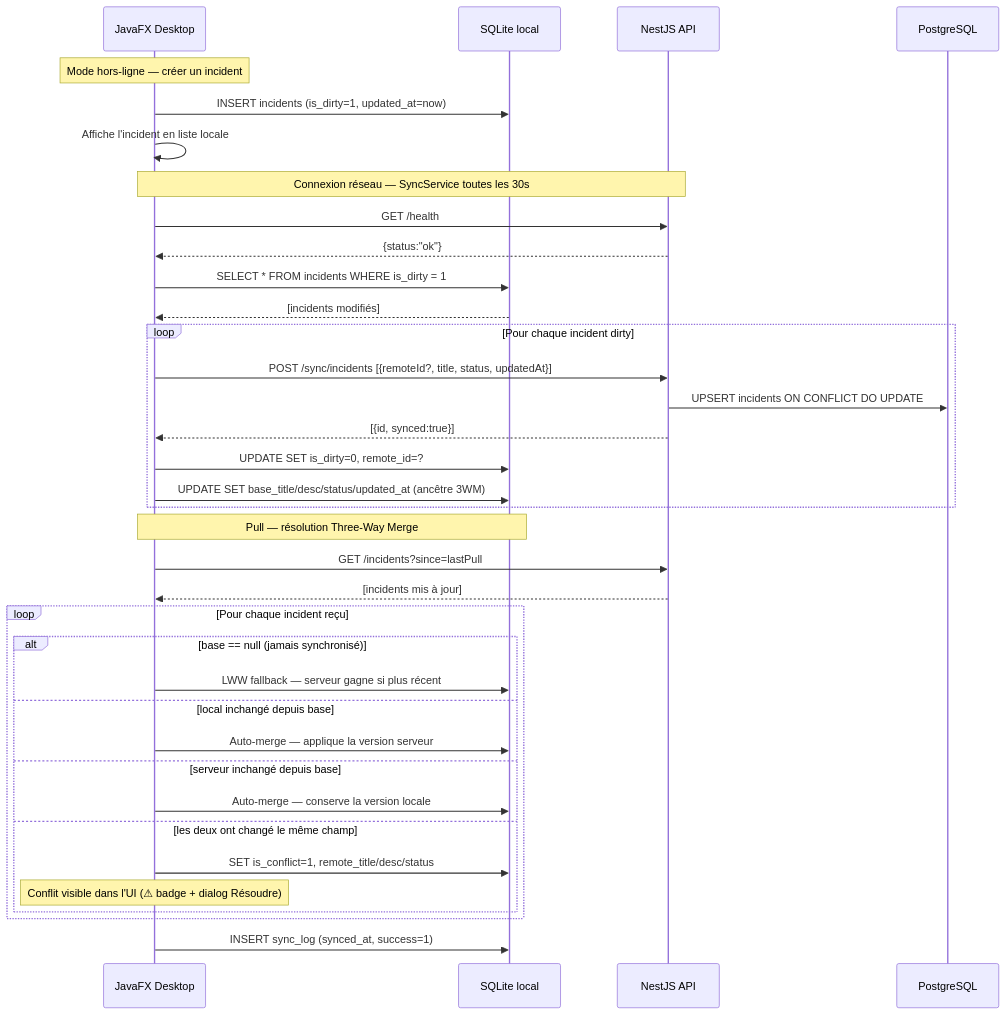
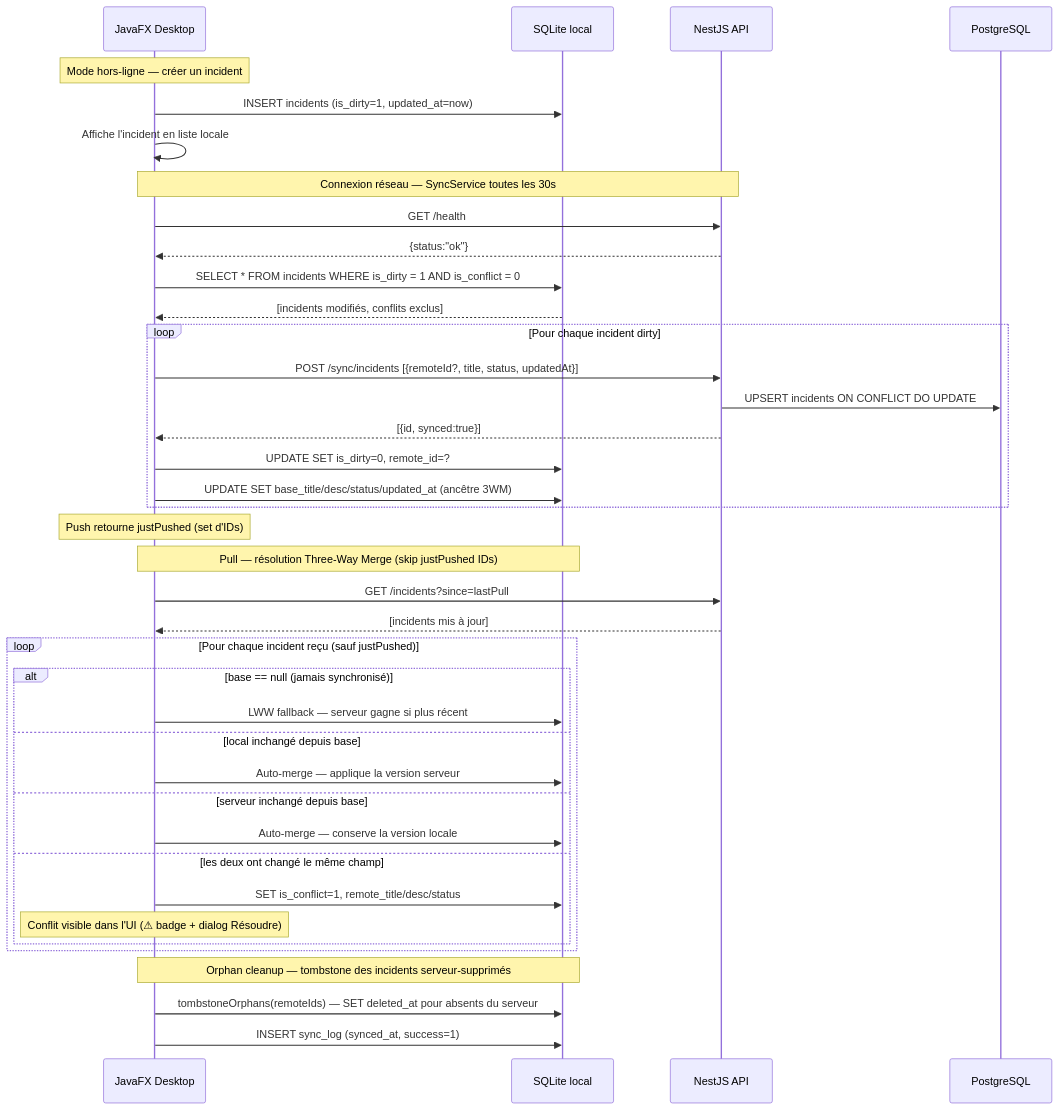
Before and after one commit to creibaud/QuartierConnect: the eighth of 18 diagrams in docs/ARCHITECTURE.md, drawn with Mermaid. The commit also changed other lines of this file and 4 other files, not shown here.

Commit message:
docs: refresh architecture, plugins, security, and tests

````diff
--- a/docs/ARCHITECTURE.md
+++ b/docs/ARCHITECTURE.md
@@ -327,43 +338,47 @@
 ```mermaid
 sequenceDiagram
     participant Java as JavaFX Desktop
     participant SQLite as SQLite local
     participant API as NestJS API
     participant PG as PostgreSQL
 
     Note over Java: Mode hors-ligne — créer un incident
     Java->>SQLite: INSERT incidents (is_dirty=1, updated_at=now)
     Java->>Java: Affiche l'incident en liste locale
 
     Note over Java,API: Connexion réseau — SyncService toutes les 30s
     Java->>API: GET /health
     API-->>Java: {status:"ok"}
 
-    Java->>SQLite: SELECT * FROM incidents WHERE is_dirty = 1
-    SQLite-->>Java: [incidents modifiés]
+    Java->>SQLite: SELECT * FROM incidents WHERE is_dirty = 1 AND is_conflict = 0
+    SQLite-->>Java: [incidents modifiés, conflits exclus]
 
     loop Pour chaque incident dirty
         Java->>API: POST /sync/incidents [{remoteId?, title, status, updatedAt}]
         API->>PG: UPSERT incidents ON CONFLICT DO UPDATE
         API-->>Java: [{id, synced:true}]
         Java->>SQLite: UPDATE SET is_dirty=0, remote_id=?
         Java->>SQLite: UPDATE SET base_title/desc/status/updated_at (ancêtre 3WM)
     end
 
-    Note over Java,SQLite: Pull — résolution Three-Way Merge
+    Note over Java: Push retourne justPushed (set d'IDs)
+    Note over Java,SQLite: Pull — résolution Three-Way Merge (skip justPushed IDs)
     Java->>API: GET /incidents?since=lastPull
     API-->>Java: [incidents mis à jour]
-    loop Pour chaque incident reçu
+    loop Pour chaque incident reçu (sauf justPushed)
         alt base == null (jamais synchronisé)
             Java->>SQLite: LWW fallback — serveur gagne si plus récent
         else local inchangé depuis base
             Java->>SQLite: Auto-merge — applique la version serveur
         else serveur inchangé depuis base
             Java->>SQLite: Auto-merge — conserve la version locale
         else les deux ont changé le même champ
             Java->>SQLite: SET is_conflict=1, remote_title/desc/status
             Note over Java: Conflit visible dans l'UI (⚠ badge + dialog Résoudre)
         end
     end
+
+    Note over Java,SQLite: Orphan cleanup — tombstone des incidents serveur-supprimés
+    Java->>SQLite: tombstoneOrphans(remoteIds) — SET deleted_at pour absents du serveur
     Java->>SQLite: INSERT sync_log (synced_at, success=1)
 ```
````
